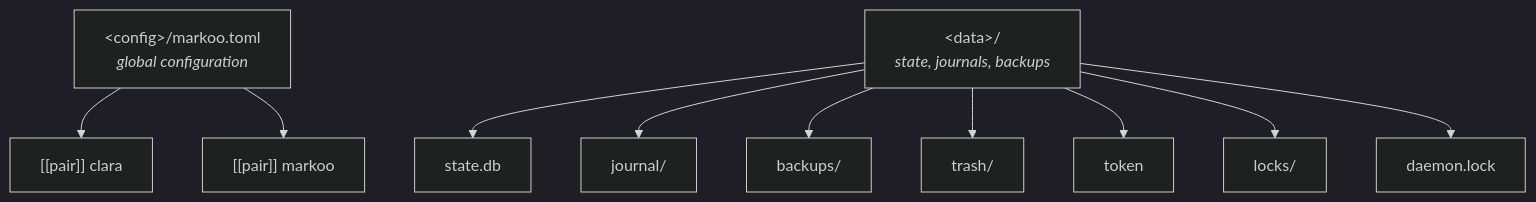
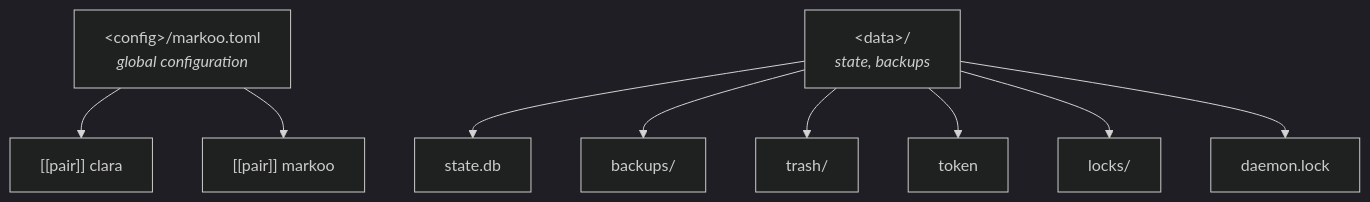
The first of 3 diagrams in documentation/en/06-configuration.md (studoo-app/markoo), drawn with Mermaid (dark theme) before and after one commit. The commit also changed other lines of this file and 26 other files, not shown here.

````diff
--- a/documentation/en/06-configuration.md
+++ b/documentation/en/06-configuration.md
@@ -12,14 +12,13 @@
 ```mermaid
 flowchart TD
     G["&lt;config&gt;/markoo.toml<br/><i>global configuration</i>"]
-    S["&lt;data&gt;/<br/><i>state, journals, backups</i>"]
+    S["&lt;data&gt;/<br/><i>state, backups</i>"]
     G --> P1["[[pair]] clara"]
     G --> P2["[[pair]] markoo"]
     S --> DB["state.db"]
-    S --> J["journal/"]
     S --> B["backups/"]
     S --> T["trash/"]
     S --> TK["token"]
     S --> L["locks/"]
     S --> DL["daemon.lock"]
 ```
````
